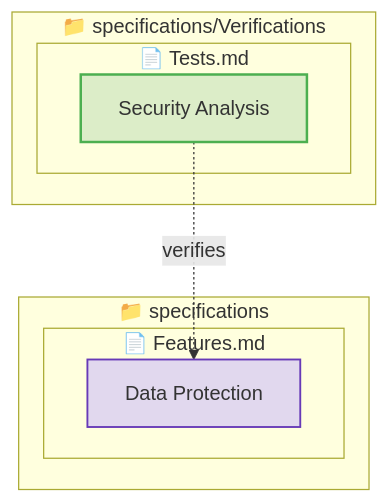
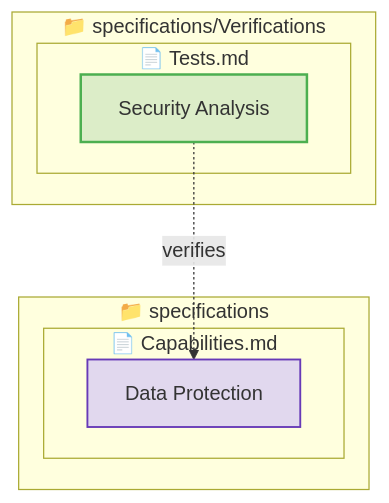
The fifth of 6 diagrams in tests/test-verification-traces/expected/expected_output.md (reqvire-org/reqvire), drawn with Mermaid before and after one commit. The commit also changed other lines of this file and 502 other files, not shown here.

````diff
--- a/tests/test-verification-traces/expected/expected_output.md
+++ b/tests/test-verification-traces/expected/expected_output.md
@@ -166,24 +166,24 @@
 ```mermaid
 graph TD
-  classDef feature fill:#BBDEFB,stroke:#1976D2,stroke-width:2.5px;
+  classDef capability fill:#BBDEFB,stroke:#1976D2,stroke-width:2.5px;
   classDef systemRequirement fill:#E1D8EE,stroke:#673AB7,stroke-width:1.5px;
   classDef requirement fill:#ECEFF1,stroke:#673AB7,stroke-width:1.5px;
   classDef verification fill:#DCEDC8,stroke:#4CAF50,stroke-width:2px;
   classDef folder fill:#FAFAFA,stroke:#9E9E9E,stroke-width:3px;
   classDef file fill:#FFF8E1,stroke:#FFCA28,stroke-width:2px;
   classDef default fill:#F5F5F5,stroke:#424242,stroke-width:1.5px;
 
   subgraph 9d68b769fcbc79d0["📁 specifications"]
-    subgraph 52b96646352f3ec7["📄 Features.md"]
-      2964ce5888d0c623["Data Protection"]:::systemRequirement
-      click 2964ce5888d0c623 "specifications/Features.md#data-protection";
+    subgraph afe26fd45621e6a["📄 Capabilities.md"]
+      346630c146f4c190["Data Protection"]:::systemRequirement
+      click 346630c146f4c190 "specifications/Capabilities.md#data-protection";
     end
   end
   subgraph 9f0649e759bd2822["📁 specifications/Verifications"]
     subgraph 7d9dffd79ed1d5b8["📄 Tests.md"]
       c7c891cbfd4a225d["Security Analysis"]:::verification
       click c7c891cbfd4a225d "specifications/Verifications/Tests.md#security-analysis";
     end
   end
-  c7c891cbfd4a225d -.->|verifies| 2964ce5888d0c623;
+  c7c891cbfd4a225d -.->|verifies| 346630c146f4c190;
 ```
````
